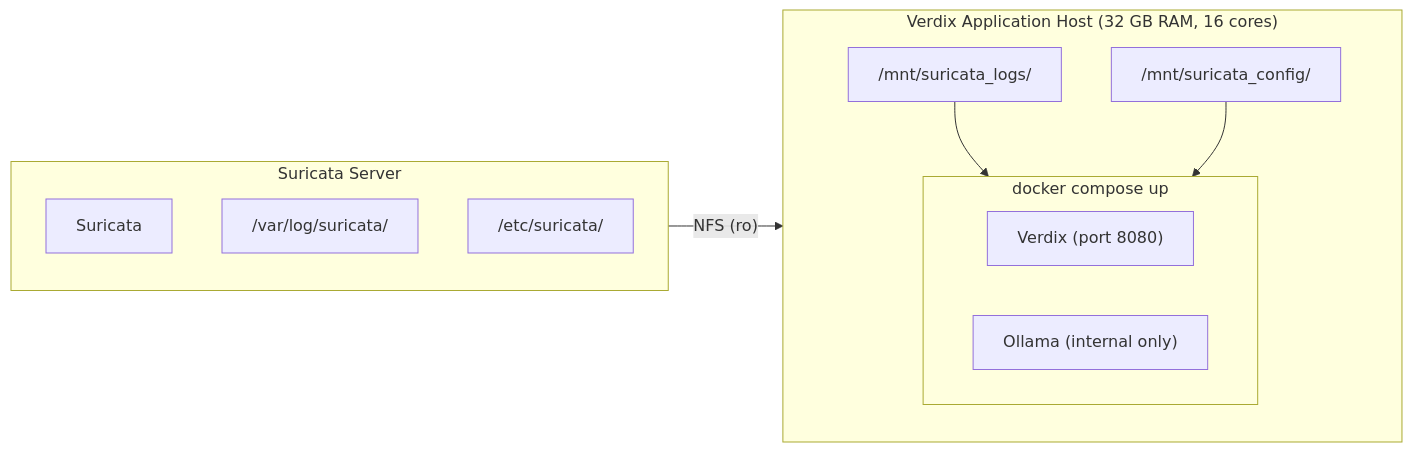
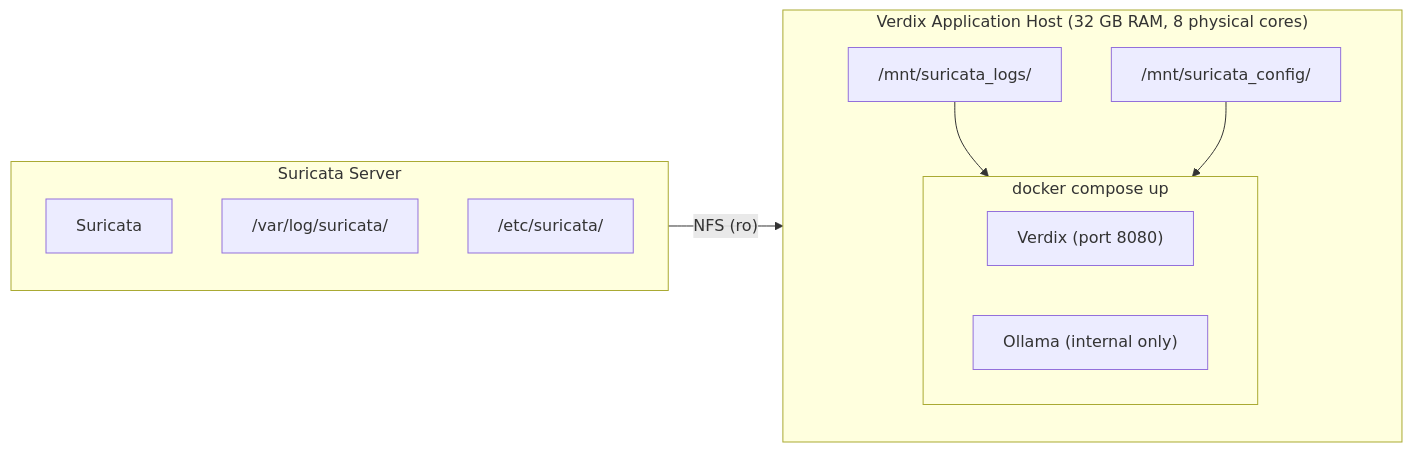
One commit to verdixsec/verdix changed the second of 3 diagrams in docs/DEPLOYMENT.md. Above: the diagram before and after it, drawn with Mermaid. The commit also changed other lines of this file and 24 other files, not shown here.

````diff
--- a/docs/DEPLOYMENT.md
+++ b/docs/DEPLOYMENT.md
@@ -192,19 +187,19 @@
 ```mermaid
 flowchart LR
     subgraph suricatasvr["Suricata Server"]
         s_suricata["Suricata"]
         s_logs["/var/log/suricata/"]
         s_config["/etc/suricata/"]
     end
-    subgraph apphost["Verdix Application Host (32 GB RAM, 16 cores)"]
+    subgraph apphost["Verdix Application Host (32 GB RAM, 8 physical cores)"]
         m_logs["/mnt/suricata_logs/"]
         m_config["/mnt/suricata_config/"]
         subgraph compose["docker compose up"]
             verdix["Verdix (port 8080)"]
             ollama["Ollama (internal only)"]
         end
         m_logs --> compose
         m_config --> compose
     end
     suricatasvr -->|"NFS (ro)"| apphost
 ```
````
